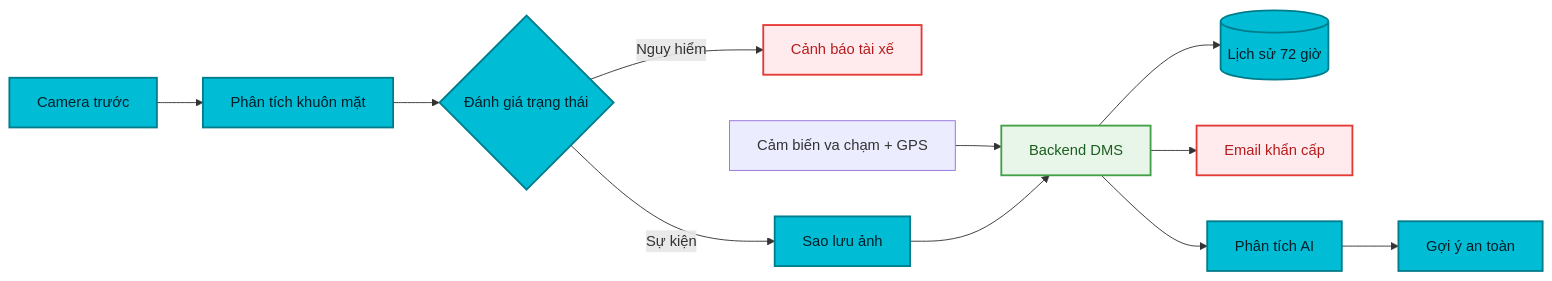
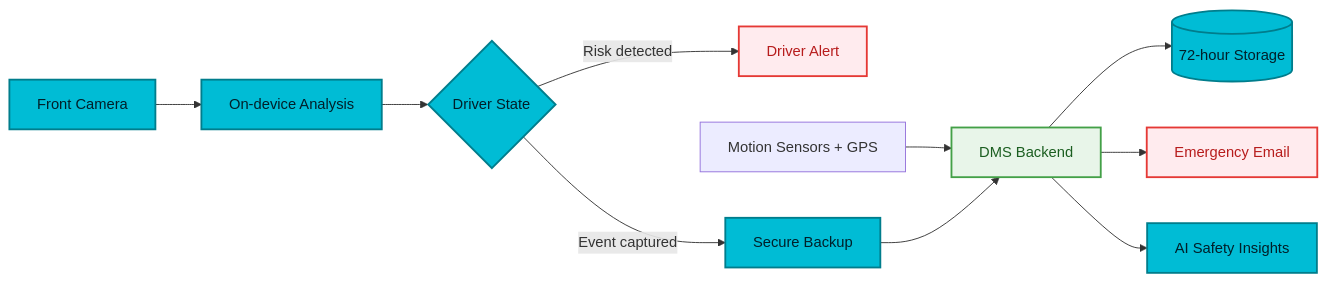
Before and after one commit to Vudinhdat02/dmsApplication: the diagram in README.md, drawn with Mermaid. The commit also changed other lines of this file, not shown here.

````diff
--- a/README.md
+++ b/README.md
@@ -22,20 +21,19 @@
-```mermaid
+~~~mermaid
 flowchart LR
-    A[Camera trước] --> B[Phân tích khuôn mặt]
-    B --> C{Đánh giá trạng thái}
-    C -->|Nguy hiểm| D[Cảnh báo tài xế]
-    C -->|Sự kiện| E[Sao lưu ảnh]
-    F[Cảm biến va chạm + GPS] --> G[Backend DMS]
+    A[Front Camera] --> B[On-device Analysis]
+    B --> C{Driver State}
+    C -->|Risk detected| D[Driver Alert]
+    C -->|Event captured| E[Secure Backup]
+    F[Motion Sensors + GPS] --> G[DMS Backend]
     E --> G
-    G --> H[(Lịch sử 72 giờ)]
-    G --> I[Email khẩn cấp]
-    G --> J[Phân tích AI]
-    J --> K[Gợi ý an toàn]
+    G --> H[(72-hour Storage)]
+    G --> I[Emergency Email]
+    G --> J[AI Safety Insights]
 
     classDef primary fill:#00BCD5,color:#001F29,stroke:#007D8C,stroke-width:2px;
     classDef danger fill:#FFEBEE,color:#B71C1C,stroke:#E53935,stroke-width:2px;
     classDef server fill:#E8F5E9,color:#1B5E20,stroke:#43A047,stroke-width:2px;
-    class A,B,C,E,H,J,K primary;
+    class A,B,C,E,H,J primary;
     class D,I danger;
     class G server;
-```
+~~~
````
